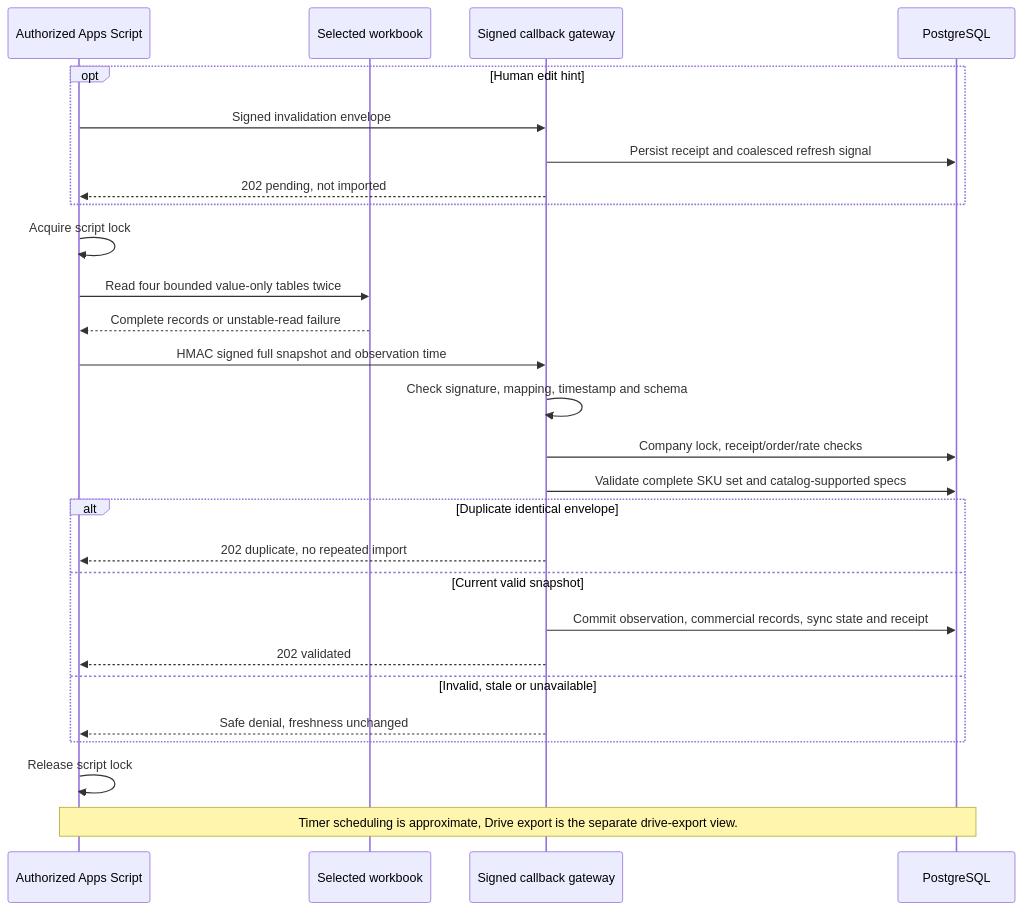
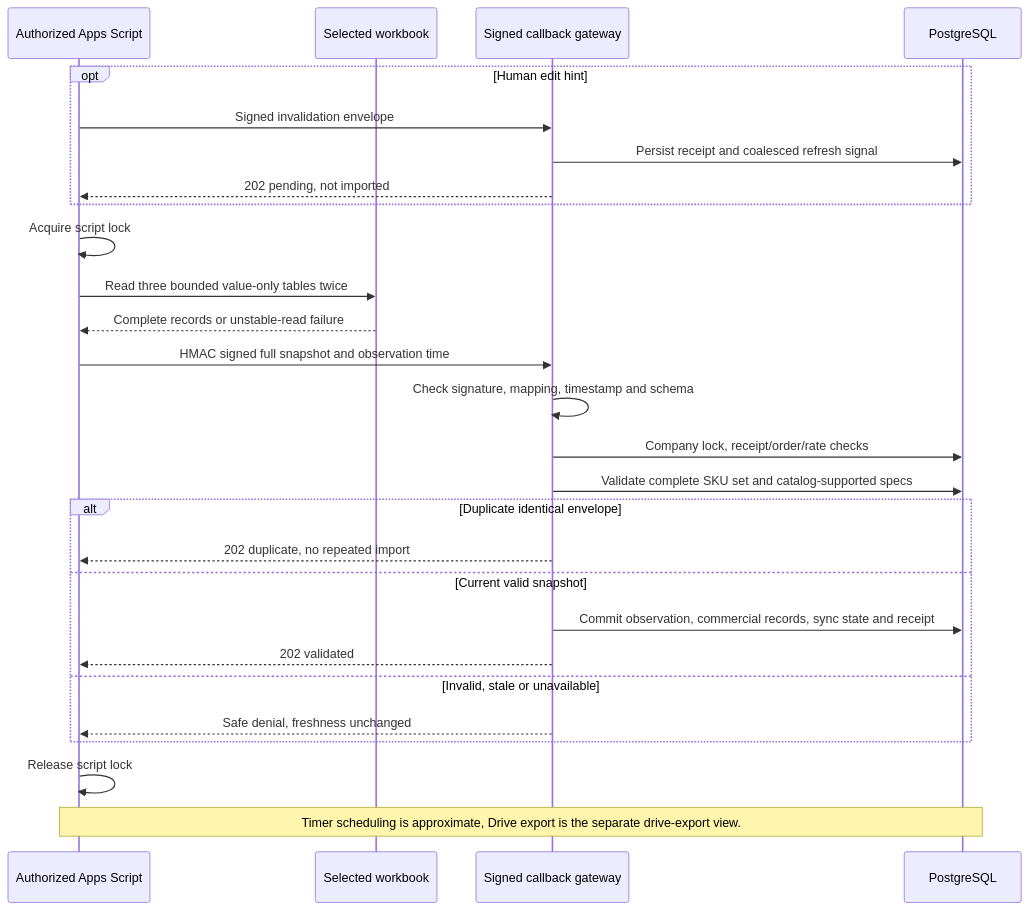
Before and after one commit to Nagdy8888/lumaquote: the first of 2 diagrams in docs/reference/GOOGLE_SYNC.md, drawn with Mermaid. The commit also changed other lines of this file and 44 other files, not shown here.

````diff
--- a/docs/reference/GOOGLE_SYNC.md
+++ b/docs/reference/GOOGLE_SYNC.md
@@ -21,31 +21,31 @@
 ```mermaid
 sequenceDiagram
   accTitle: Signed GAS full snapshot and atomic backend observation
   accDescr: Apps Script reads bounded tables under its script lock and verifies a stable double read. The gateway authenticates exact bytes and validates mapping, replay, complete records and catalog support before one database commit. Rejected snapshots never refresh freshness.
   participant GAS as Authorized Apps Script
   participant Sheet as Selected workbook
   participant API as Signed callback gateway
   participant DB as PostgreSQL
   opt Human edit hint
     GAS->>API: Signed invalidation envelope
     API->>DB: Persist receipt and coalesced refresh signal
     API-->>GAS: 202 pending, not imported
   end
   GAS->>GAS: Acquire script lock
-  GAS->>Sheet: Read four bounded value-only tables twice
+  GAS->>Sheet: Read three bounded value-only tables twice
   Sheet-->>GAS: Complete records or unstable-read failure
   GAS->>API: HMAC signed full snapshot and observation time
   API->>API: Check signature, mapping, timestamp and schema
   API->>DB: Company lock, receipt/order/rate checks
   API->>DB: Validate complete SKU set and catalog-supported specs
   alt Duplicate identical envelope
     API-->>GAS: 202 duplicate, no repeated import
   else Current valid snapshot
     API->>DB: Commit observation, commercial records, sync state and receipt
     API-->>GAS: 202 validated
   else Invalid, stale or unavailable
     API-->>GAS: Safe denial, freshness unchanged
   end
   GAS->>GAS: Release script lock
   Note over GAS,DB: Timer scheduling is approximate, Drive export is the separate drive-export view.
 ```
````
